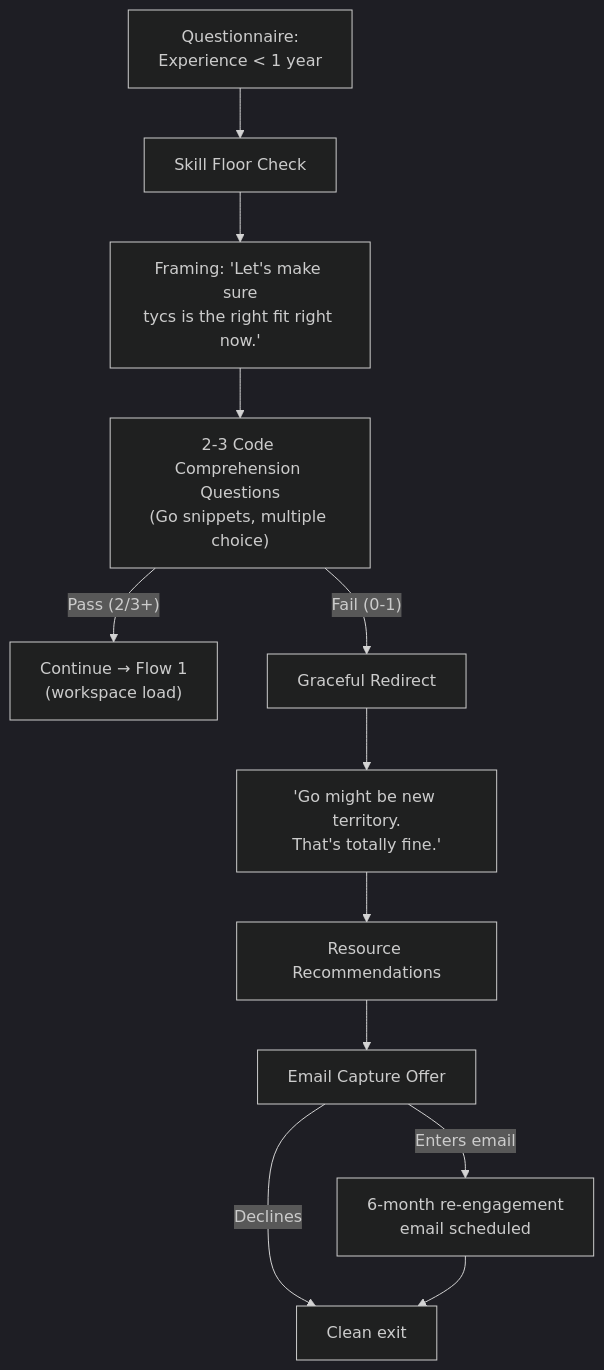
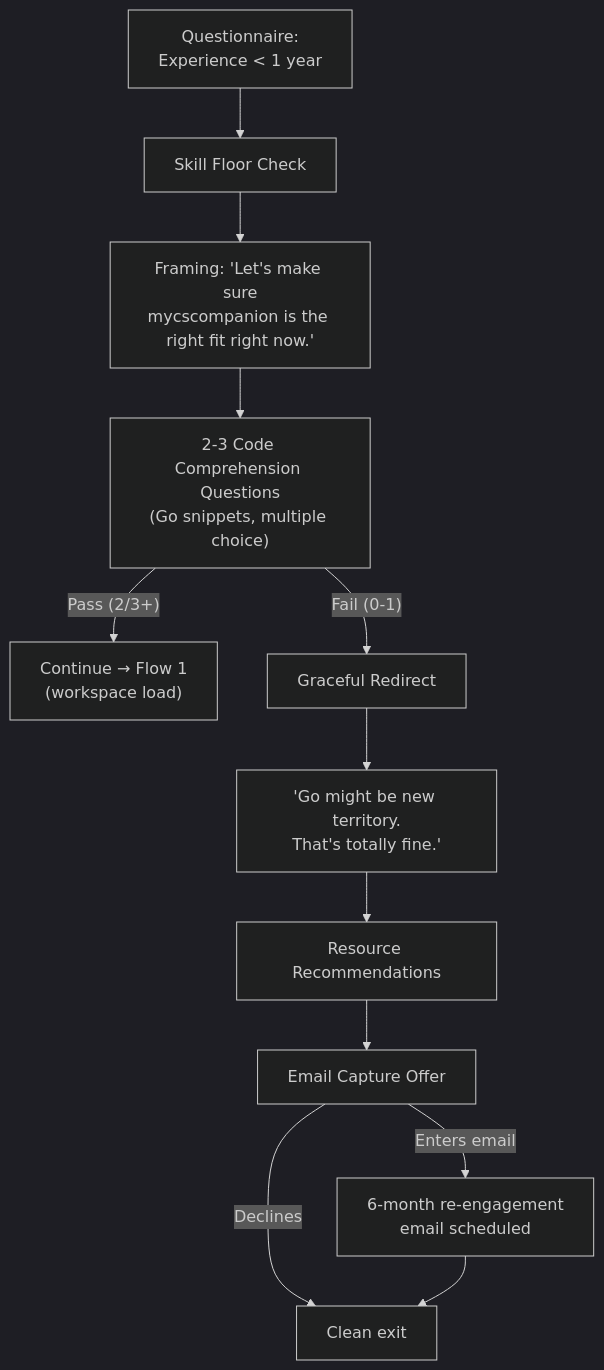
The fifth of 6 diagrams in _bmad-output/planning-artifacts/ux-design-specification.md (andukdahacker/tycs), drawn with Mermaid (dark theme) before and after one commit. The commit also changed other lines of this file and 63 other files, not shown here.

First line of the commit message:
Rename project from tycs to mycscompanion and create Story 2.1

````diff
--- a/_bmad-output/planning-artifacts/ux-design-specification.md
+++ b/_bmad-output/planning-artifacts/ux-design-specification.md
@@ -1206,14 +1206,14 @@
 ```mermaid
 flowchart TD
     A["Questionnaire:<br/>Experience < 1 year"] --> B["Skill Floor Check"]
-    B --> B1["Framing: 'Let's make sure<br/>tycs is the right fit right now.'"]
+    B --> B1["Framing: 'Let's make sure<br/>mycscompanion is the right fit right now.'"]
     B1 --> B2["2-3 Code Comprehension Questions<br/>(Go snippets, multiple choice)"]
     B2 -->|"Pass (2/3+)"| C["Continue → Flow 1<br/>(workspace load)"]
     B2 -->|"Fail (0-1)"| D["Graceful Redirect"]
     D --> D1["'Go might be new territory.<br/>That's totally fine.'"]
     D1 --> D2["Resource Recommendations"]
     D2 --> D3["Email Capture Offer"]
     D3 -->|"Enters email"| E["6-month re-engagement<br/>email scheduled"]
     D3 -->|"Declines"| F["Clean exit"]
     E --> F
 ```
````
